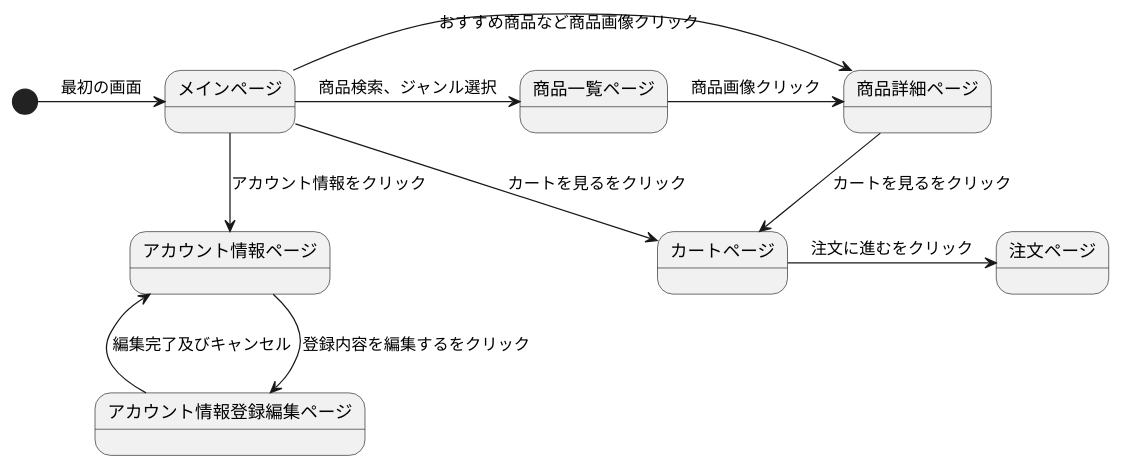
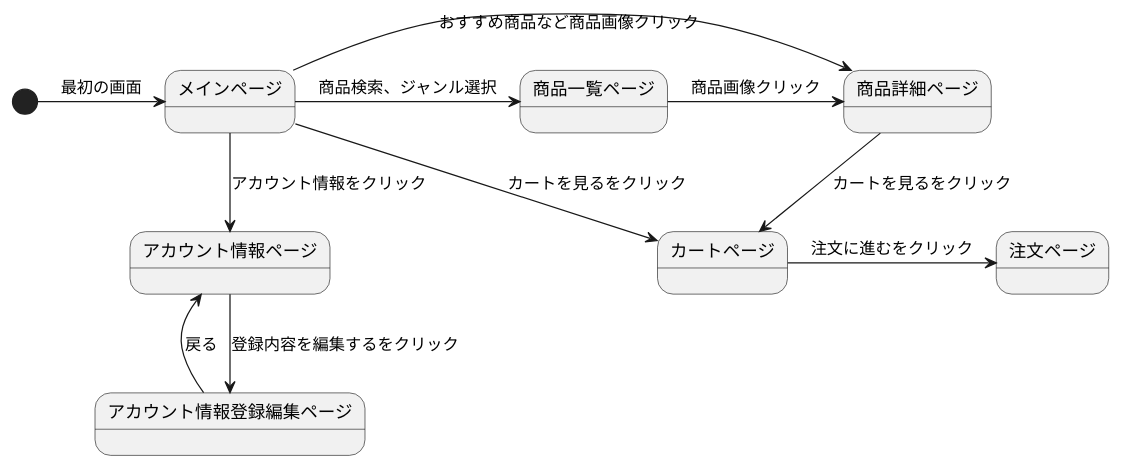
One commit to Aso2001385/2021sys-design changed the first of 2 diagrams in orcashop/StateMachine.md. Above: the diagram before and after it, drawn with PlantUML.

````diff
--- a/orcashop/StateMachine.md
+++ b/orcashop/StateMachine.md
@@ -1,15 +1,15 @@
 ```uml
 @startuml
 
 [*] -> メインページ: 最初の画面
 メインページ -> 商品一覧ページ: 商品検索、ジャンル選択
 メインページ -> 商品詳細ページ: おすすめ商品など商品画像クリック
 商品一覧ページ -> 商品詳細ページ: 商品画像クリック
 商品詳細ページ -down-> カートページ: カートを見るをクリック
 カートページ -> 注文ページ: 注文に進むをクリック
 メインページ -down-> アカウント情報ページ: アカウント情報をクリック
 メインページ -> カートページ: カートを見るをクリック
 アカウント情報ページ -down-> アカウント情報登録編集ページ: 登録内容を編集するをクリック
-アカウント情報登録編集ページ -left-> アカウント情報ページ: 編集完了及びキャンセル
+アカウント情報登録編集ページ -left-> アカウント情報ページ: 戻る
 @enduml
 ```
````
